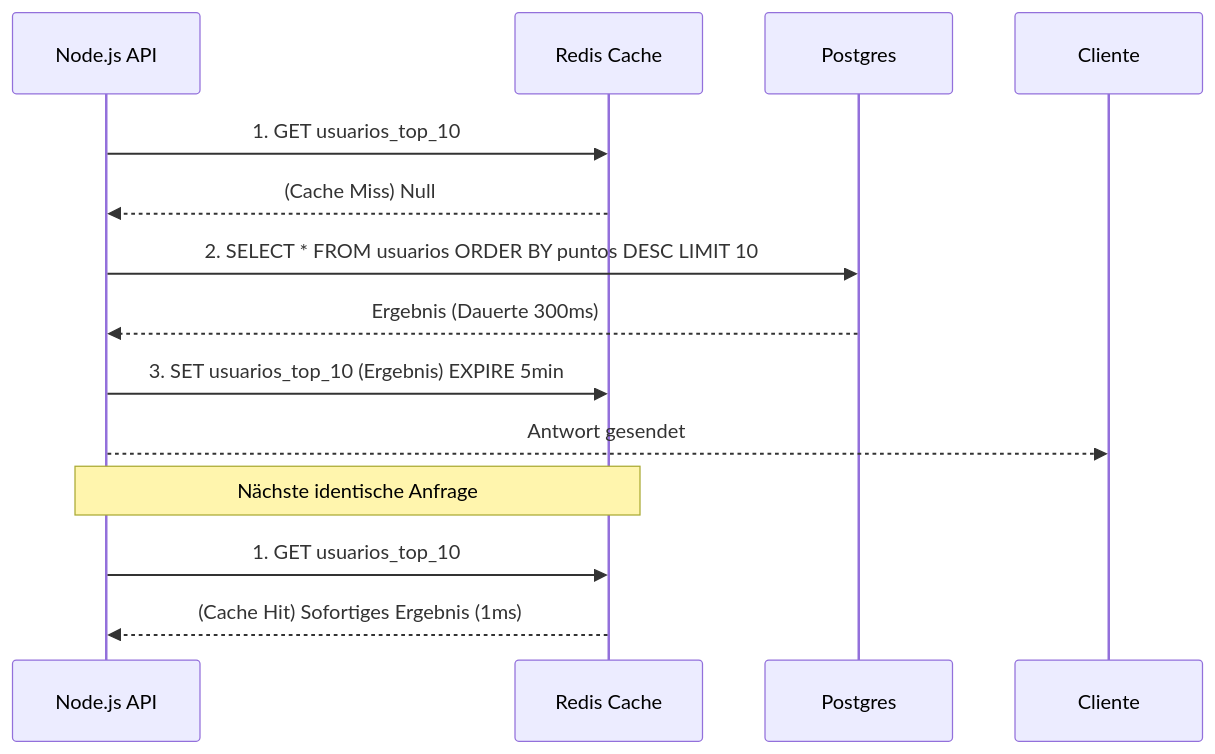
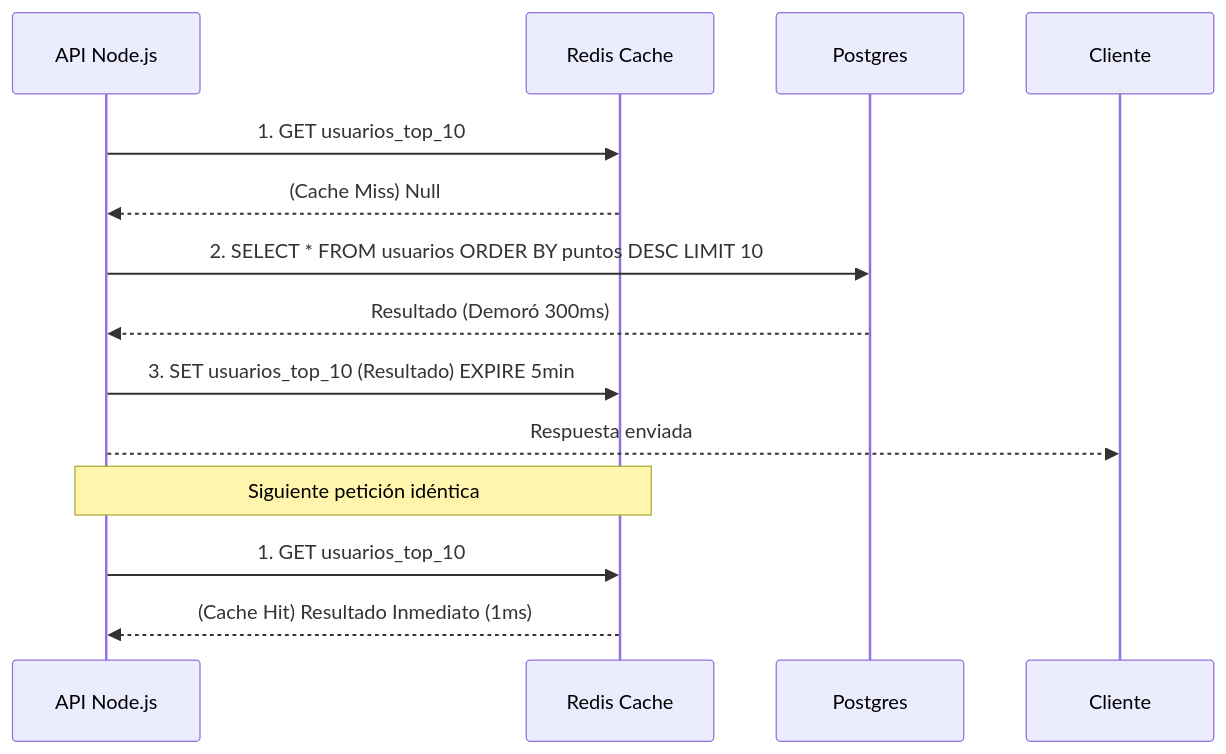
One commit to gjpierp/nmergeia changed the first of 2 diagrams in public/docs/de/ext_node_experto.md. Above: the diagram before and after it, drawn with Mermaid. The commit also changed other lines of this file and 518 other files, not shown here.

````diff
--- a/public/docs/de/ext_node_experto.md
+++ b/public/docs/de/ext_node_experto.md
@@ -11,17 +11,17 @@
 ```mermaid
 sequenceDiagram
-    participant App as Node.js API
+    participant App as API Node.js
     participant Redis as Redis Cache
     participant DB as Postgres
 
     App->>Redis: 1. GET usuarios_top_10
     Redis-->>App: (Cache Miss) Null
     App->>DB: 2. SELECT * FROM usuarios ORDER BY puntos DESC LIMIT 10
-    DB-->>App: Ergebnis (Dauerte 300ms)
-    App->>Redis: 3. SET usuarios_top_10 (Ergebnis) EXPIRE 5min
-    App-->>Cliente: Antwort gesendet
+    DB-->>App: Resultado (Demoró 300ms)
+    App->>Redis: 3. SET usuarios_top_10 (Resultado) EXPIRE 5min
+    App-->>Cliente: Respuesta enviada
 
-    Note over App, Redis: Nächste identische Anfrage
+    Note over App, Redis: Siguiente petición idéntica
     App->>Redis: 1. GET usuarios_top_10
-    Redis-->>App: (Cache Hit) Sofortiges Ergebnis (1ms)
+    Redis-->>App: (Cache Hit) Resultado Inmediato (1ms)
 ```
````
